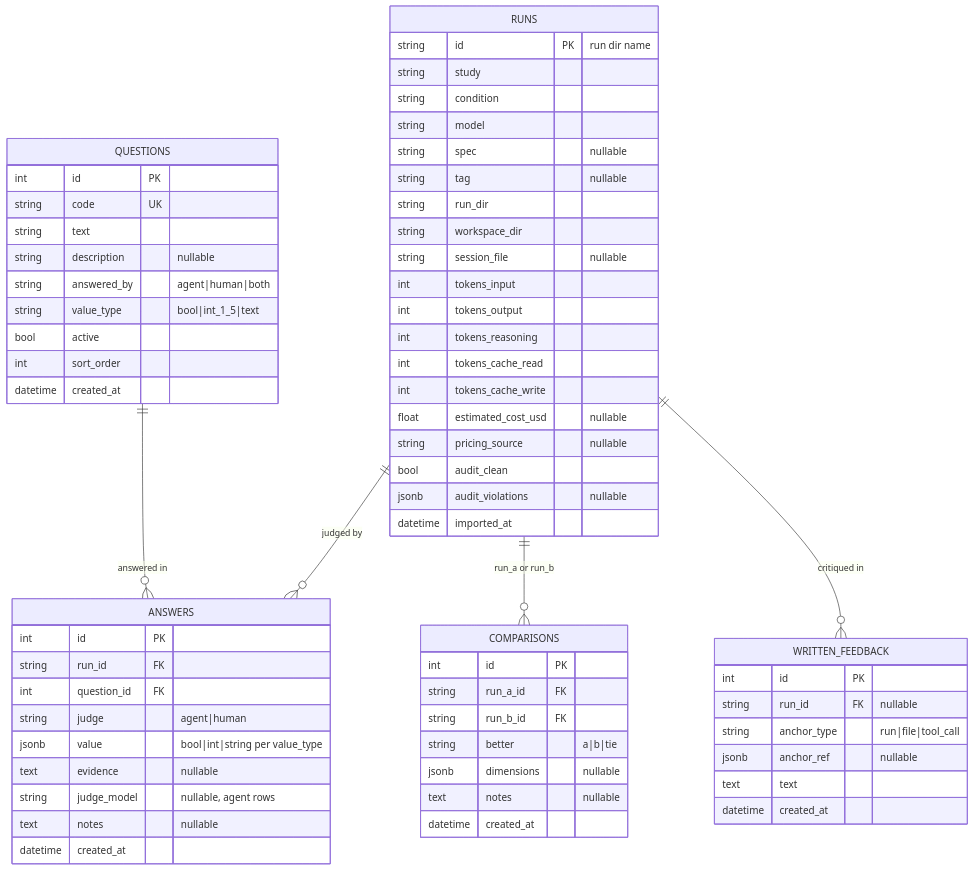
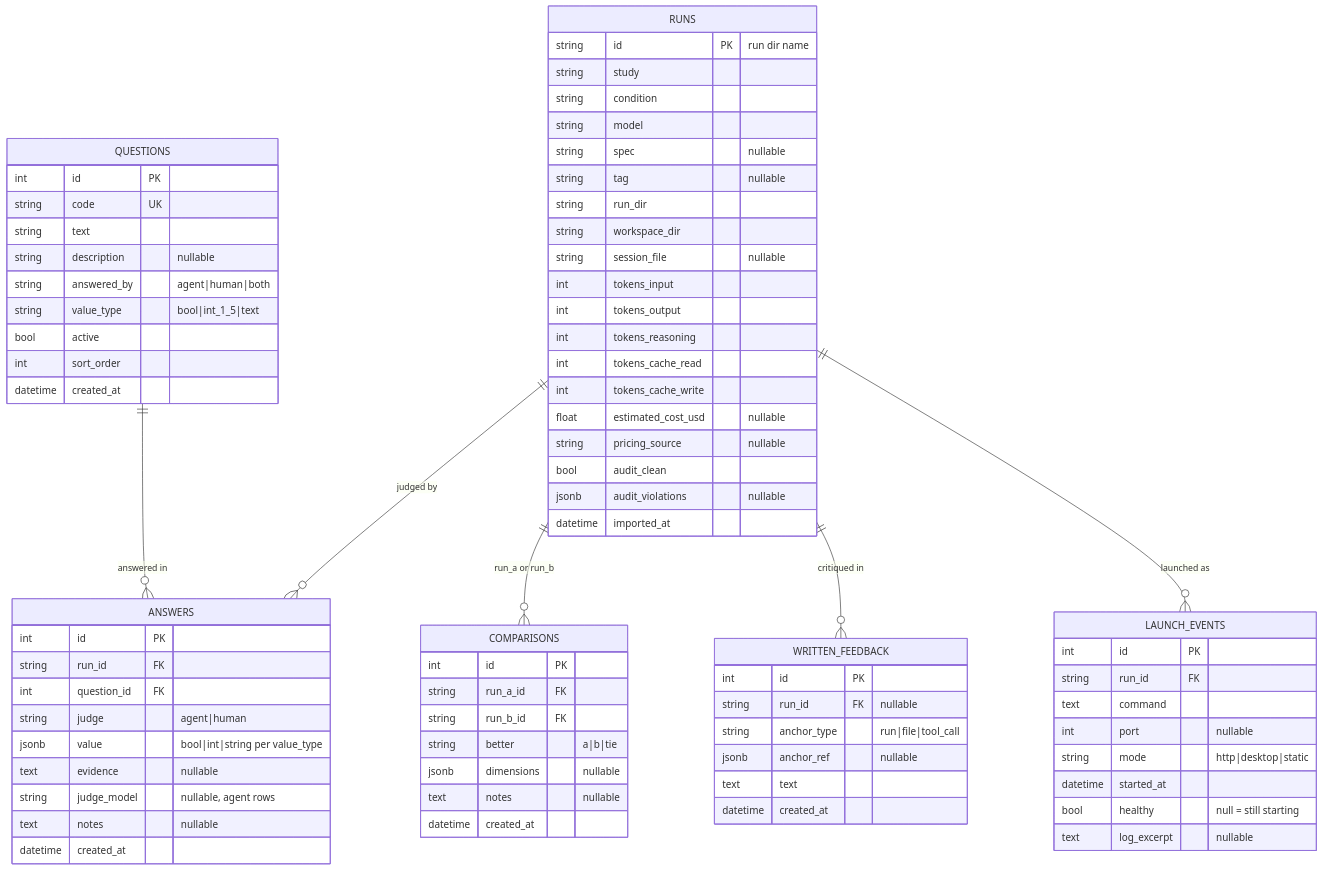
One commit to tlifke/morel-research changed the diagram in studies/010-open-harness-model-comparison/apps/review/docs/DATA_MODEL.md. Above: the diagram before and after it, drawn with Mermaid. The commit also changed other lines of this file and 9 other files, not shown here.

Commit message:
contract-lab: live app launcher (SPEC 9) — uniform launch/health/open flow, component detection, launch_events evidence table; worker-built, supervisor-verified live against http/static/desktop run types

````diff
--- a/studies/010-open-harness-model-comparison/apps/review/docs/DATA_MODEL.md
+++ b/studies/010-open-harness-model-comparison/apps/review/docs/DATA_MODEL.md
@@ -8,68 +8,79 @@
 ```mermaid
 erDiagram
     RUNS ||--o{ ANSWERS : "judged by"
     QUESTIONS ||--o{ ANSWERS : "answered in"
     RUNS ||--o{ COMPARISONS : "run_a or run_b"
     RUNS ||--o{ WRITTEN_FEEDBACK : "critiqued in"
+    RUNS ||--o{ LAUNCH_EVENTS : "launched as"
 
     RUNS {
         string id PK "run dir name"
         string study
         string condition
         string model
         string spec "nullable"
         string tag "nullable"
         string run_dir
         string workspace_dir
         string session_file "nullable"
         int tokens_input
         int tokens_output
         int tokens_reasoning
         int tokens_cache_read
         int tokens_cache_write
         float estimated_cost_usd "nullable"
         string pricing_source "nullable"
         bool audit_clean
         jsonb audit_violations "nullable"
         datetime imported_at
     }
     QUESTIONS {
         int id PK
         string code UK
         string text
         string description "nullable"
         string answered_by "agent|human|both"
         string value_type "bool|int_1_5|text"
         bool active
         int sort_order
         datetime created_at
     }
     ANSWERS {
         int id PK
         string run_id FK
         int question_id FK
         string judge "agent|human"
         jsonb value "bool|int|string per value_type"
         text evidence "nullable"
         string judge_model "nullable, agent rows"
         text notes "nullable"
         datetime created_at
     }
+    LAUNCH_EVENTS {
+        int id PK
+        string run_id FK
+        text command
+        int port "nullable"
+        string mode "http|desktop|static"
+        datetime started_at
+        bool healthy "null = still starting"
+        text log_excerpt "nullable"
+    }
     COMPARISONS {
         int id PK
         string run_a_id FK
         string run_b_id FK
         string better "a|b|tie"
         jsonb dimensions "nullable"
         text notes "nullable"
         datetime created_at
     }
     WRITTEN_FEEDBACK {
         int id PK
         string run_id FK "nullable"
         string anchor_type "run|file|tool_call"
         jsonb anchor_ref "nullable"
         text text
         datetime created_at
     }
 ```
````
